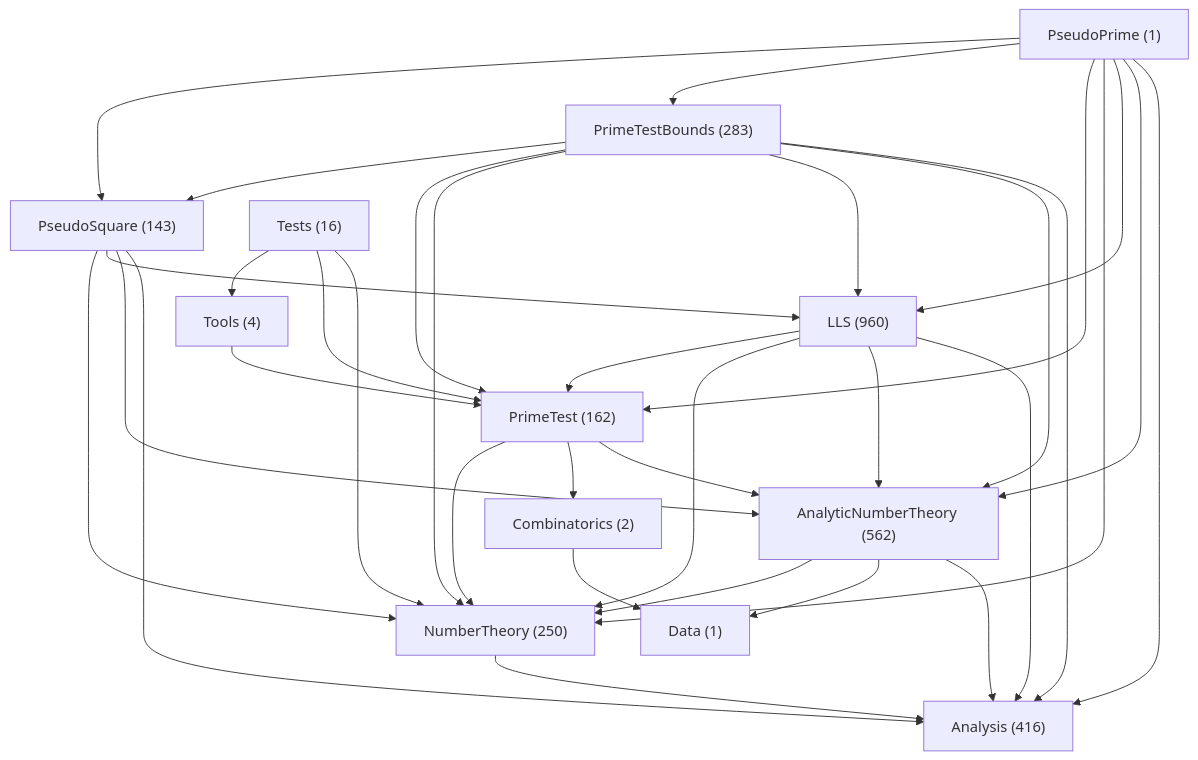
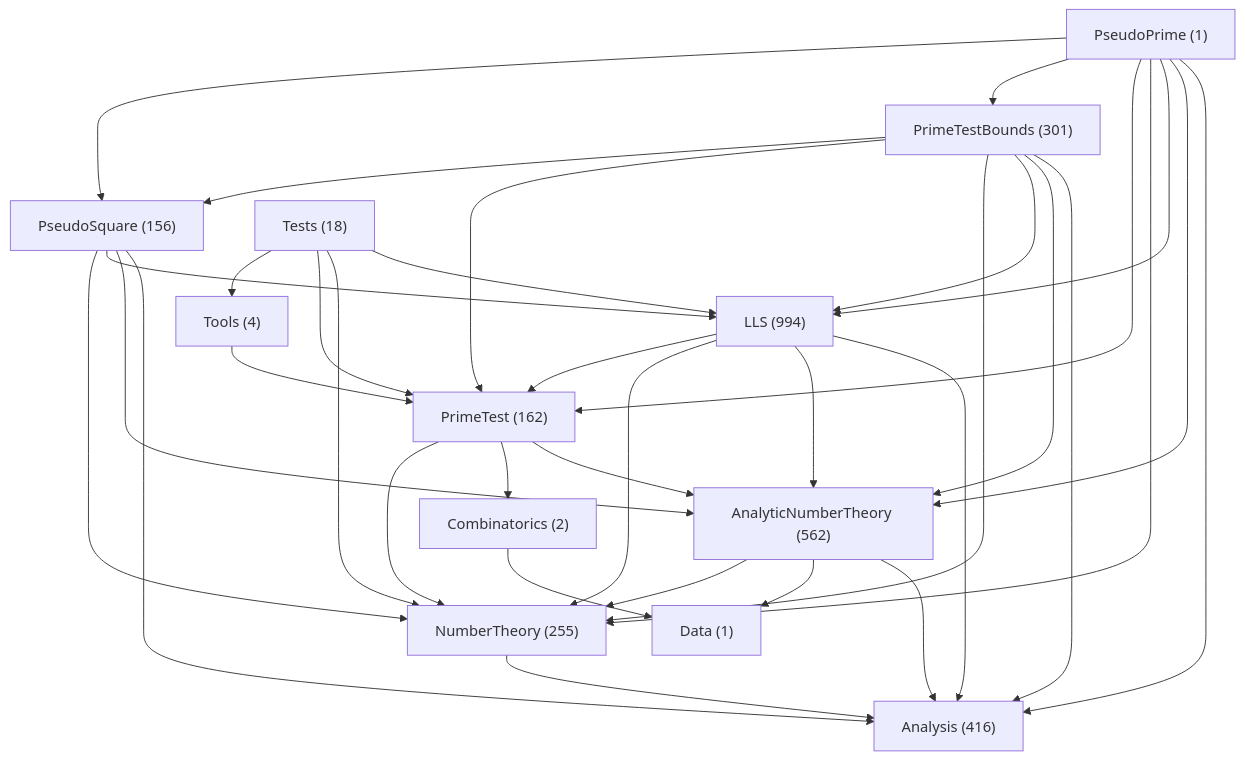
One commit to mizar/PseudoPrimeLean changed the diagram in doc/NamespaceLayout.md. Above: the diagram before and after it, drawn with Mermaid. The commit also changed other lines of this file, not shown here.

````diff
--- a/doc/NamespaceLayout.md
+++ b/doc/NamespaceLayout.md
@@ -92,48 +133,49 @@
 ```mermaid
 flowchart TD
     N0["PseudoPrime (1)"]
     N1["Analysis (416)"]
     N2["AnalyticNumberTheory (562)"]
     N3["Combinatorics (2)"]
     N4["Data (1)"]
-    N5["LLS (960)"]
-    N6["NumberTheory (250)"]
+    N5["LLS (994)"]
+    N6["NumberTheory (255)"]
     N7["PrimeTest (162)"]
-    N8["PrimeTestBounds (283)"]
-    N9["PseudoSquare (143)"]
-    N10["Tests (16)"]
+    N8["PrimeTestBounds (301)"]
+    N9["PseudoSquare (156)"]
+    N10["Tests (18)"]
     N11["Tools (4)"]
     N0 --> N1
     N0 --> N2
     N0 --> N5
     N0 --> N6
     N0 --> N7
     N0 --> N8
     N0 --> N9
     N2 --> N1
     N2 --> N4
     N2 --> N6
     N3 --> N4
     N5 --> N1
     N5 --> N2
     N5 --> N6
     N5 --> N7
     N6 --> N1
     N7 --> N2
     N7 --> N3
     N7 --> N6
     N8 --> N1
     N8 --> N2
     N8 --> N5
     N8 --> N6
     N8 --> N7
     N8 --> N9
     N9 --> N1
     N9 --> N2
     N9 --> N5
     N9 --> N6
+    N10 --> N5
     N10 --> N6
     N10 --> N7
     N10 --> N11
     N11 --> N7
 ```
````
